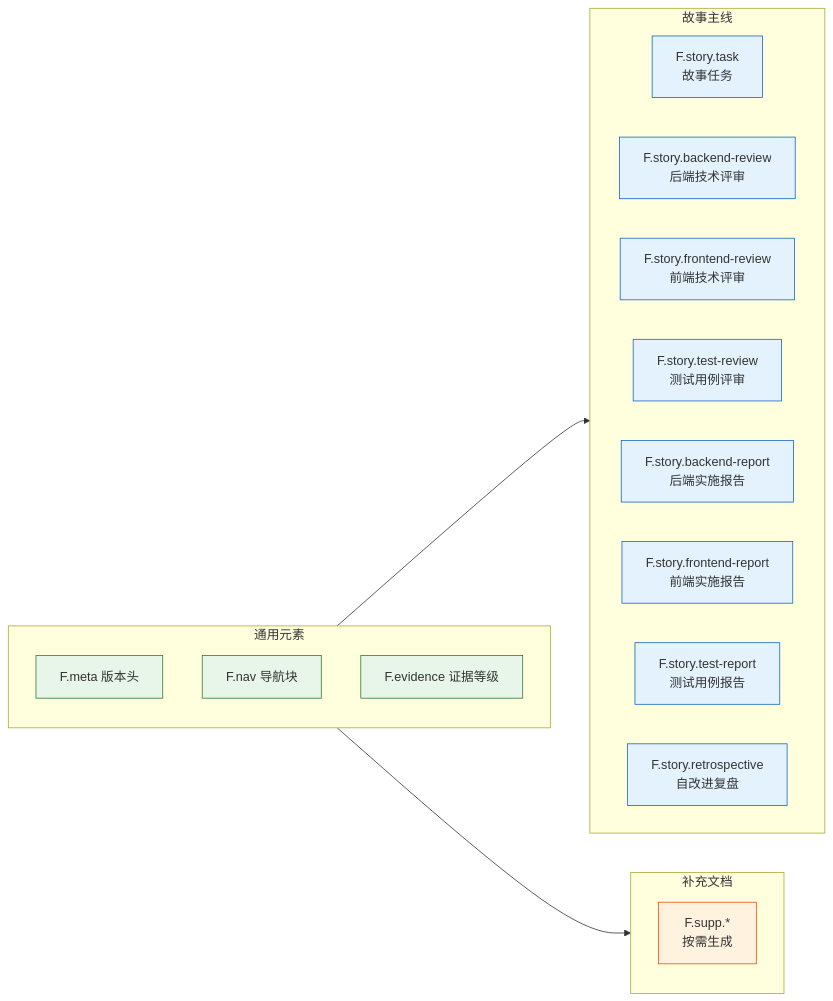
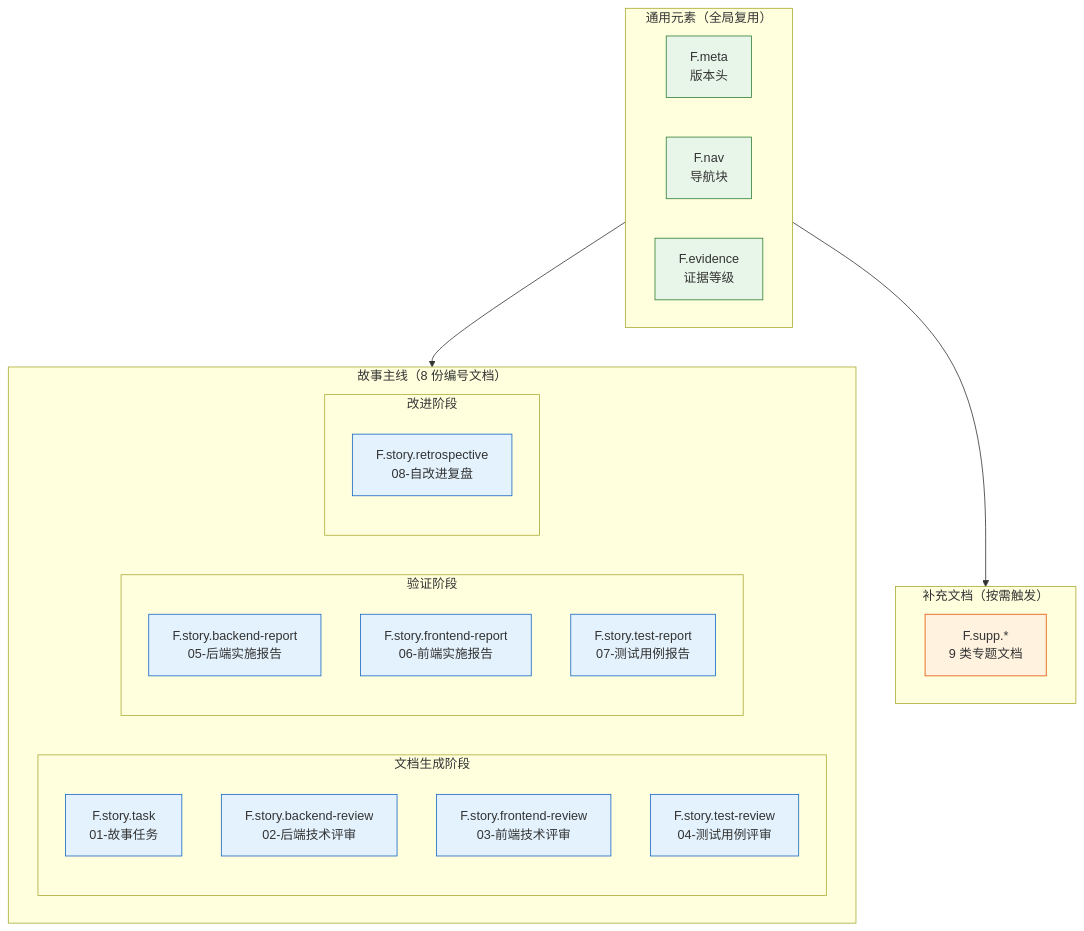
The first of 11 diagrams in skills/rui/formulas.md (effiy/YrY), drawn with Mermaid before and after one commit. The commit also changed other lines of this file and 18 other files, not shown here.

````diff
--- a/skills/rui/formulas.md
+++ b/skills/rui/formulas.md
@@ -8,27 +5,39 @@
 ```mermaid
-flowchart LR
-    subgraph 通用["通用元素"]
-        M[F.meta 版本头]:::gen
-        N[F.nav 导航块]:::gen
-        E[F.evidence 证据等级]:::gen
+flowchart TB
+    subgraph 通用["通用元素（全局复用）"]
+        F.meta["F.meta<br/>版本头"]
+        F.nav["F.nav<br/>导航块"]
+        F.evidence["F.evidence<br/>证据等级"]
     end
-    subgraph 主线["故事主线"]
-        direction LR
-        S1[F.story.task<br/>故事任务]:::story
-        S2[F.story.backend-review<br/>后端技术评审]:::story
-        S3[F.story.frontend-review<br/>前端技术评审]:::story
-        S4[F.story.test-review<br/>测试用例评审]:::story
-        S5[F.story.backend-report<br/>后端实施报告]:::story
-        S6[F.story.frontend-report<br/>前端实施报告]:::story
-        S7[F.story.test-report<br/>测试用例报告]:::story
-        S8[F.story.retrospective<br/>自改进复盘]:::story
+
+    subgraph 主线["故事主线（8 份编号文档）"]
+        subgraph 生成["文档生成阶段"]
+            F01["F.story.task<br/>01-故事任务"]
+            F02["F.story.backend-review<br/>02-后端技术评审"]
+            F03["F.story.frontend-review<br/>03-前端技术评审"]
+            F04["F.story.test-review<br/>04-测试用例评审"]
+        end
+        subgraph 验证["验证阶段"]
+            F05["F.story.backend-report<br/>05-后端实施报告"]
+            F06["F.story.frontend-report<br/>06-前端实施报告"]
+            F07["F.story.test-report<br/>07-测试用例报告"]
+        end
+        subgraph 改进["改进阶段"]
+            F08["F.story.retrospective<br/>08-自改进复盘"]
+        end
     end
-    subgraph 补充["补充文档"]
-        SP[F.supp.*<br/>按需生成]:::supp
+
+    subgraph 补充["补充文档（按需触发）"]
+        FS["F.supp.*<br/>9 类专题文档"]
     end
+
     通用 --> 主线
     通用 --> 补充
+
     classDef gen fill:#e8f5e9,stroke:#2e7d32;
     classDef story fill:#e3f2fd,stroke:#1565c0;
     classDef supp fill:#fff3e0,stroke:#e65100;
+    class F.meta,F.nav,F.evidence gen;
+    class F01,F02,F03,F04,F05,F06,F07,F08 story;
+    class FS supp;
 ```
````
